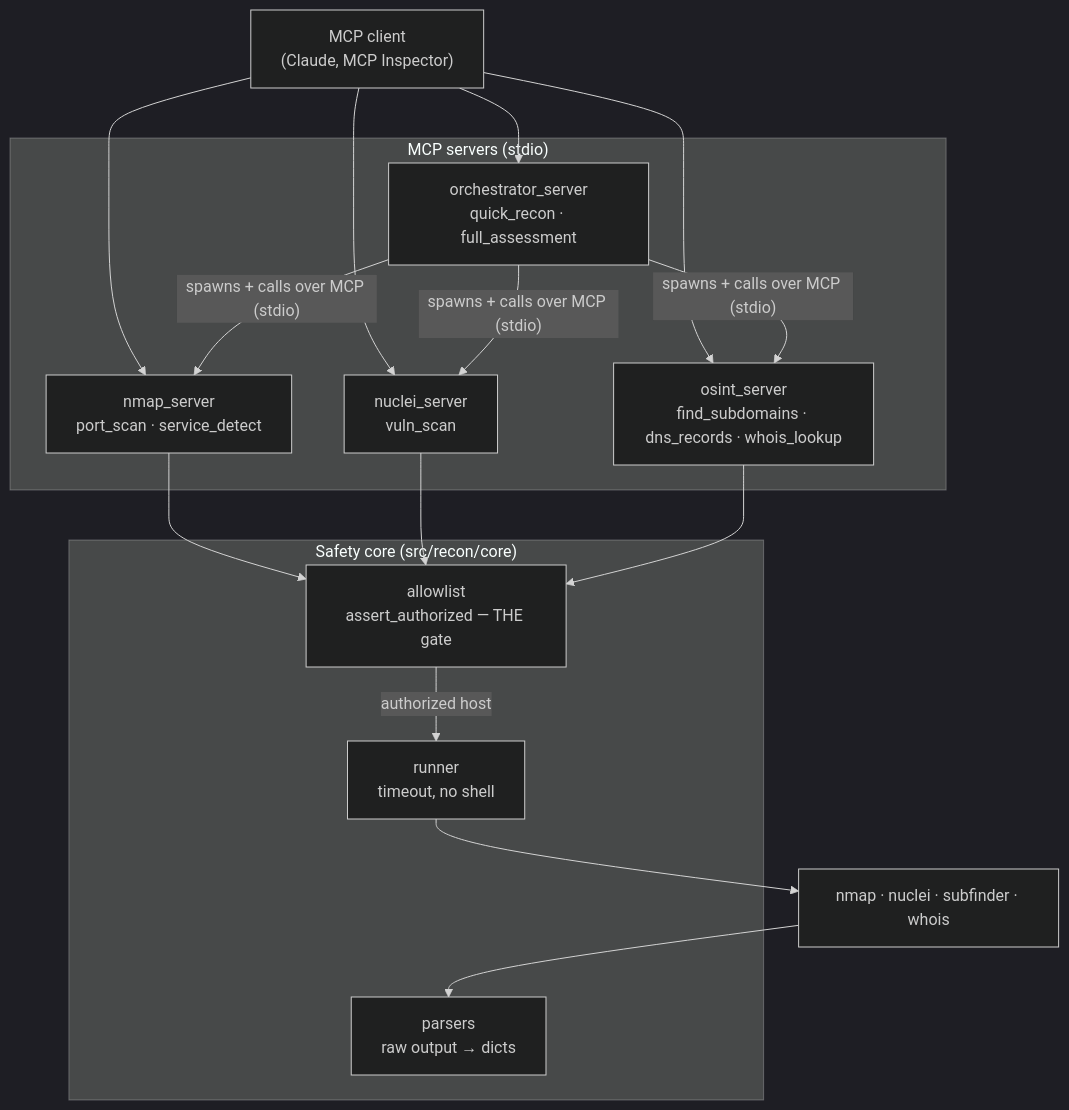
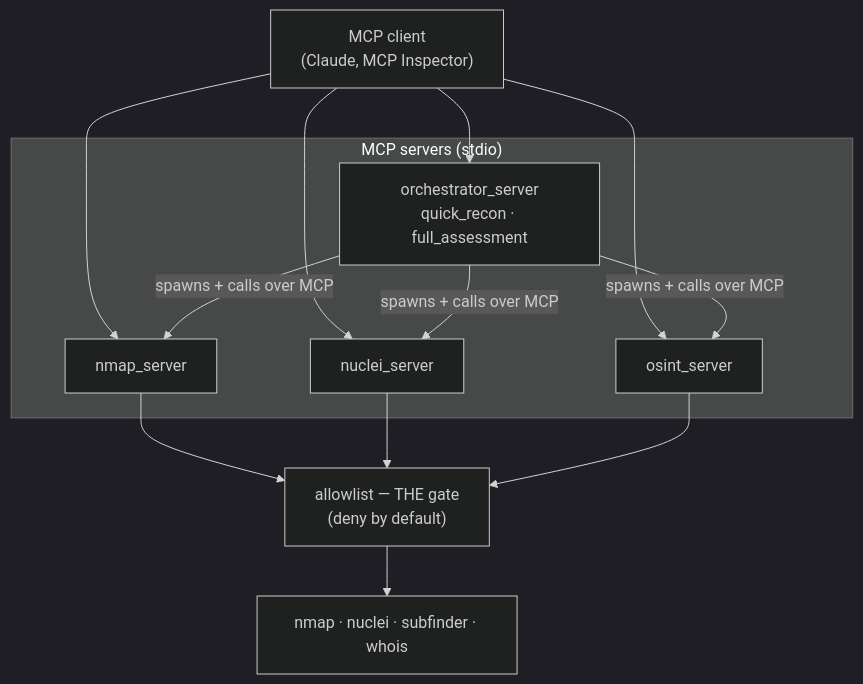
Before and after one commit to enniiii/mcp-recon-orchestrator: the diagram in README.md, drawn with Mermaid (dark theme). The commit also changed other lines of this file, not shown here.

````diff
--- a/README.md
+++ b/README.md
@@ -41,24 +27,16 @@
 ```mermaid
 flowchart TD
     client["MCP client<br/>(Claude, MCP Inspector)"]
-
     subgraph servers["MCP servers (stdio)"]
-        nmap["nmap_server<br/>port_scan · service_detect"]
-        nuclei["nuclei_server<br/>vuln_scan"]
-        osint["osint_server<br/>find_subdomains · dns_records · whois_lookup"]
         orch["orchestrator_server<br/>quick_recon · full_assessment"]
+        nmap["nmap_server"]
+        nuclei["nuclei_server"]
+        osint["osint_server"]
     end
-
-    subgraph core["Safety core (src/recon/core)"]
-        allow["allowlist<br/>assert_authorized — THE gate"]
-        runner["runner<br/>timeout, no shell"]
-        parsers["parsers<br/>raw output → dicts"]
-    end
-
+    allow["allowlist — THE gate<br/>(deny by default)"]
     tools["nmap · nuclei · subfinder · whois"]
 
     client --> orch & nmap & nuclei & osint
-    orch -- "spawns + calls over MCP (stdio)" --> nmap & nuclei & osint
-    nmap & nuclei & osint --> allow
-    allow -->|authorized host| runner --> tools --> parsers
+    orch -- "spawns + calls over MCP" --> nmap & nuclei & osint
+    nmap & nuclei & osint --> allow --> tools
 ```
````
